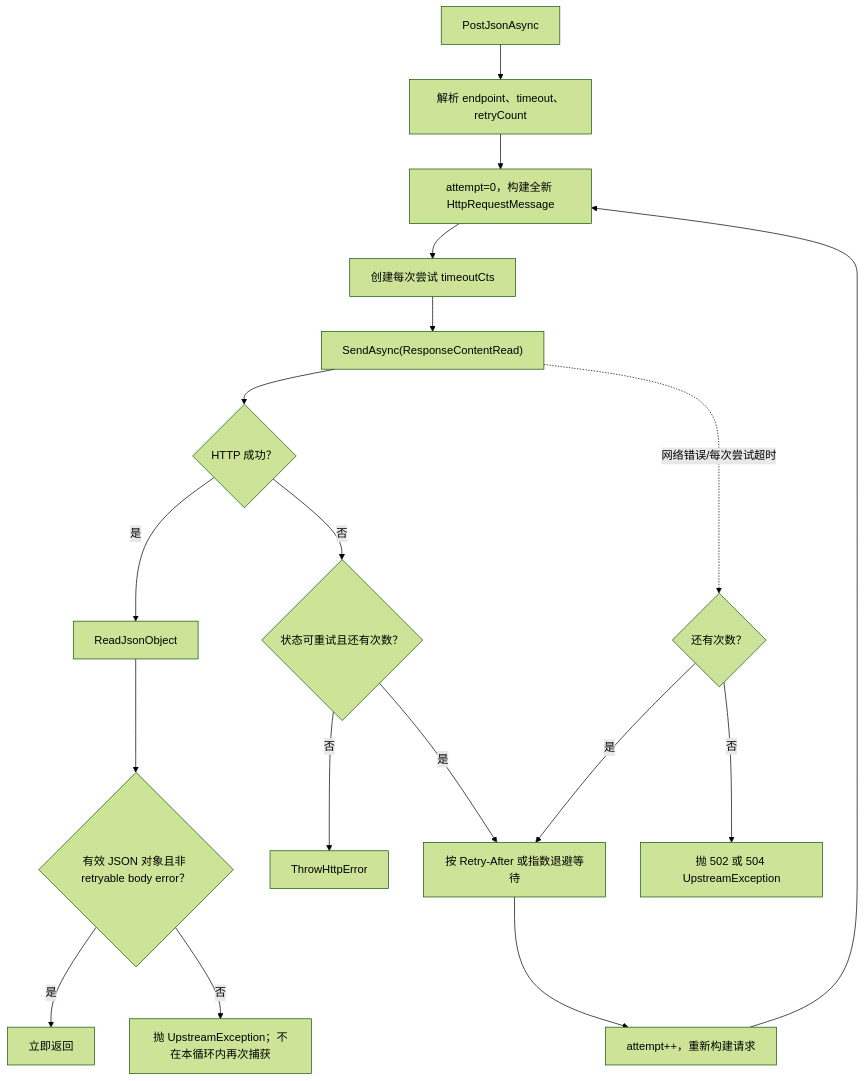
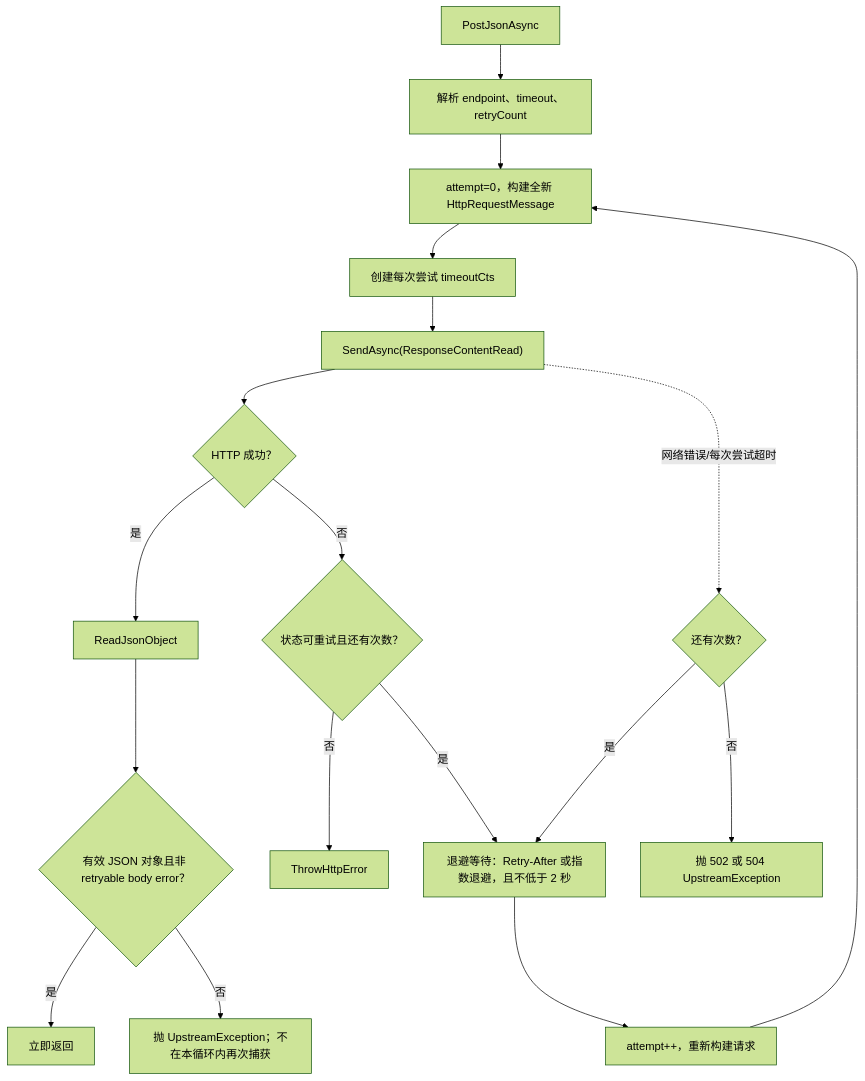
The second of 5 diagrams in doc/proxy-conversion/03-routing/03-failover-retry-and-timeout.md (shL1481558059/OpenCodex), drawn with Mermaid (forest theme) before and after one commit. The commit also changed other lines of this file and 8 other files, not shown here.

````diff
--- a/doc/proxy-conversion/03-routing/03-failover-retry-and-timeout.md
+++ b/doc/proxy-conversion/03-routing/03-failover-retry-and-timeout.md
@@ -127,20 +128,20 @@
 ```mermaid
 flowchart TD
     A["PostJsonAsync"] --> B["解析 endpoint、timeout、retryCount"]
     B --> C["attempt=0，构建全新 HttpRequestMessage"]
     C --> D["创建每次尝试 timeoutCts"]
     D --> E["SendAsync(ResponseContentRead)"]
     E --> F{"HTTP 成功？"}
     F -- "是" --> G["ReadJsonObject"]
     G --> H{"有效 JSON 对象且非 retryable body error？"}
     H -- "是" --> I["立即返回"]
     H -- "否" --> J["抛 UpstreamException；不在本循环内再次捕获"]
     F -- "否" --> K{"状态可重试且还有次数？"}
     K -- "否" --> L["ThrowHttpError"]
-    K -- "是" --> M["按 Retry-After 或指数退避等待"]
+    K -- "是" --> M["退避等待：Retry-After 或指数退避，且不低于 2 秒"]
     E -. "网络错误/每次尝试超时" .-> N{"还有次数？"}
     N -- "否" --> O["抛 502 或 504 UpstreamException"]
     N -- "是" --> M
     M --> P["attempt++，重新构建请求"]
     P --> C
 ```
````
